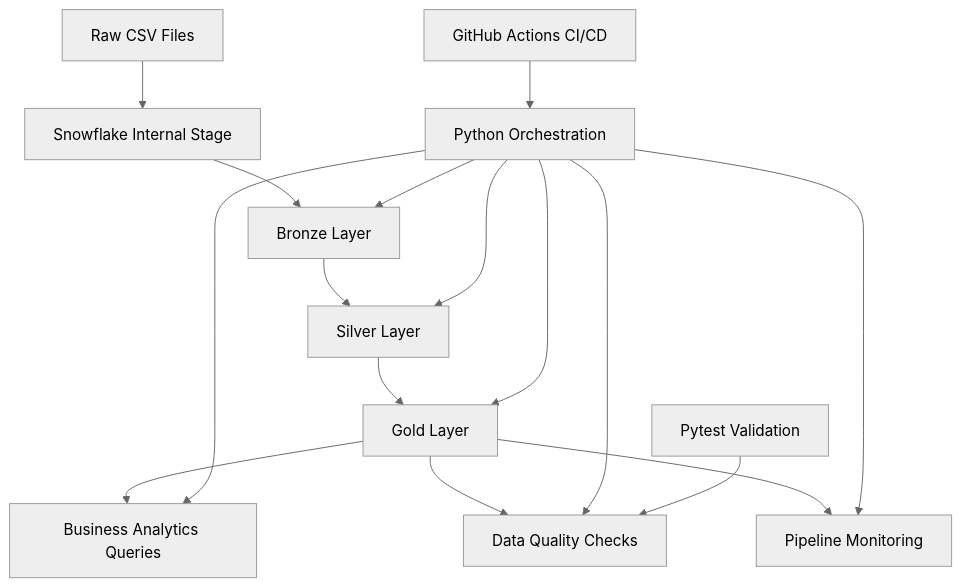
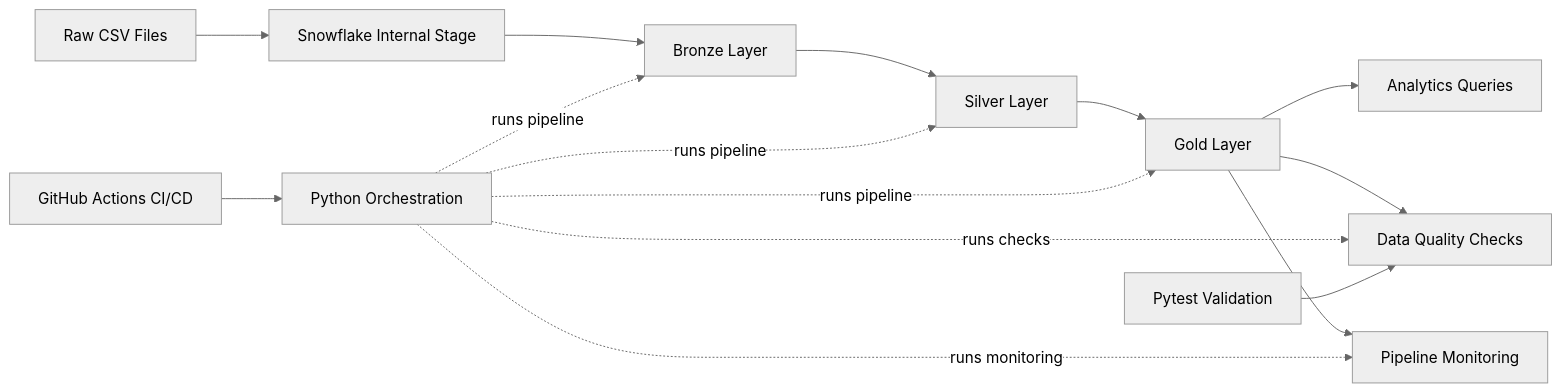
Before and after one commit to ttaha07/retail-analytics-platform: the diagram in README.md, drawn with Mermaid (neutral theme).

Commit message:
Simplify Mermaid architecture layout

````diff
--- a/README.md
+++ b/README.md
@@ -35,20 +35,19 @@
 ```mermaid
-flowchart TD
+flowchart LR
     A["Raw CSV Files"] --> B["Snowflake Internal Stage"]
     B --> C["Bronze Layer"]
     C --> D["Silver Layer"]
     D --> E["Gold Layer"]
-    E --> F["Business Analytics Queries"]
+    E --> F["Analytics Queries"]
     E --> G["Data Quality Checks"]
     E --> H["Pipeline Monitoring"]
 
-    I["Python Orchestration"] --> C
-    I --> D
-    I --> E
-    I --> F
-    I --> G
-    I --> H
+    I["Python Orchestration"] -. runs pipeline .-> C
+    I -. runs pipeline .-> D
+    I -. runs pipeline .-> E
+    I -. runs checks .-> G
+    I -. runs monitoring .-> H
 
     J["GitHub Actions CI/CD"] --> I
     K["Pytest Validation"] --> G
 ```
````
